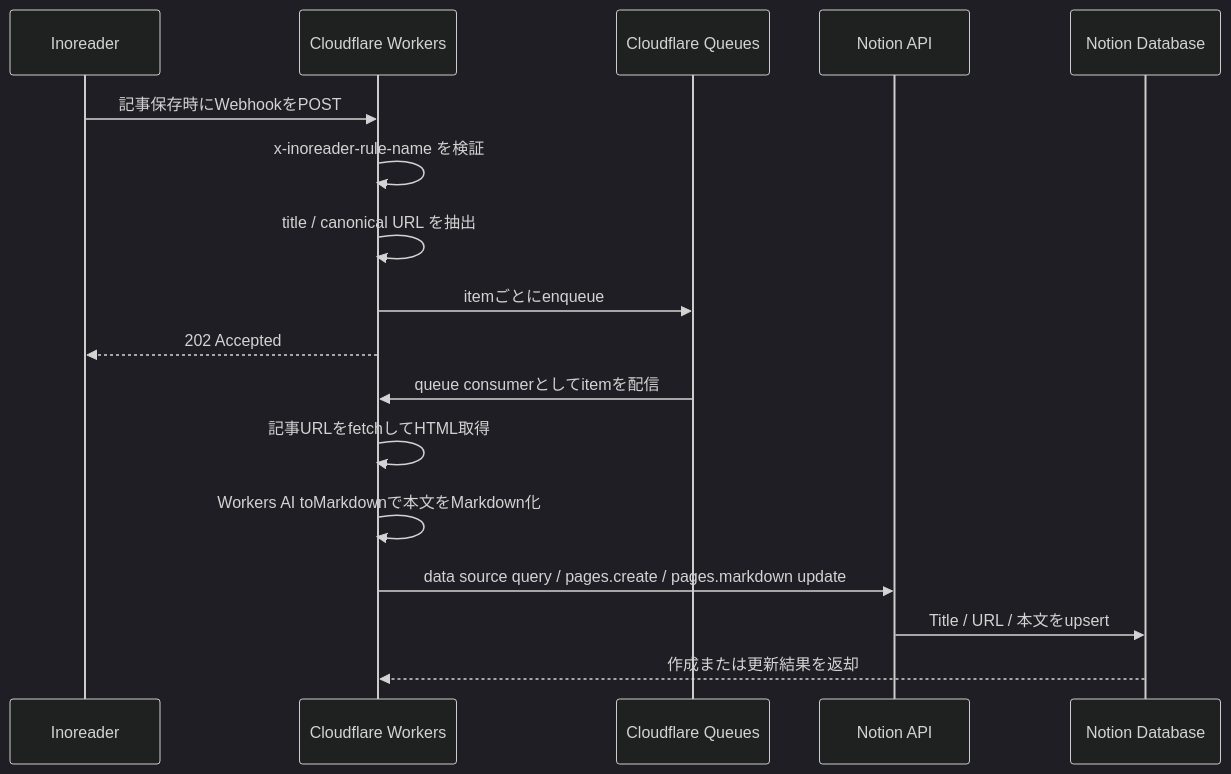
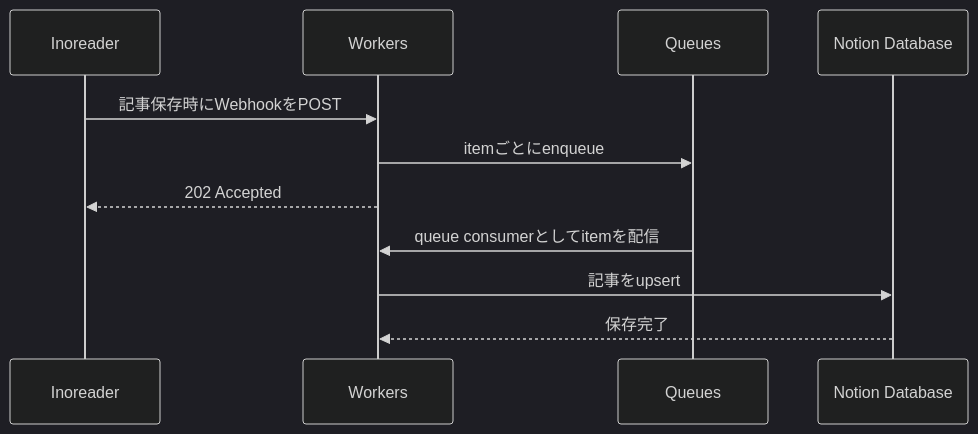
The diagram in README.md (shiomiyan/inoreader-notion-bridge), drawn with Mermaid (dark theme) before and after one commit. The commit also changed other lines of this file and 5 other files, not shown here.

````diff
--- a/README.md
+++ b/README.md
@@ -7,20 +7,14 @@
 ```mermaid
 sequenceDiagram
     participant Inoreader
-    participant Worker as Cloudflare Workers
-    participant Queue as Cloudflare Queues
-    participant NotionAPI as Notion API
-    participant Database as Notion Database
+    participant Workers
+    participant Queues
+    participant NotionDatabase as Notion Database
 
-    Inoreader->>Worker: 記事保存時にWebhookをPOST
-    Worker->>Worker: x-inoreader-rule-name を検証
-    Worker->>Worker: title / canonical URL を抽出
-    Worker->>Queue: itemごとにenqueue
-    Worker-->>Inoreader: 202 Accepted
-    Queue->>Worker: queue consumerとしてitemを配信
-    Worker->>Worker: 記事URLをfetchしてHTML取得
-    Worker->>Worker: Workers AI toMarkdownで本文をMarkdown化
-    Worker->>NotionAPI: data source query / pages.create / pages.markdown update
-    NotionAPI->>Database: Title / URL / 本文をupsert
-    Database-->>Worker: 作成または更新結果を返却
+    Inoreader->>Workers: 記事保存時にWebhookをPOST
+    Workers->>Queues: itemごとにenqueue
+    Workers-->>Inoreader: 202 Accepted
+    Queues->>Workers: queue consumerとしてitemを配信
+    Workers->>NotionDatabase: 記事をupsert
+    NotionDatabase-->>Workers: 保存完了
 ```
````
